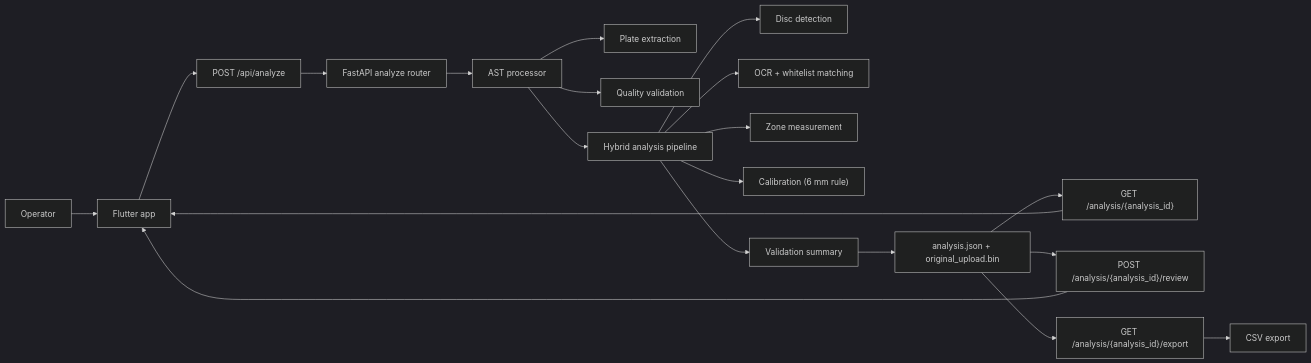
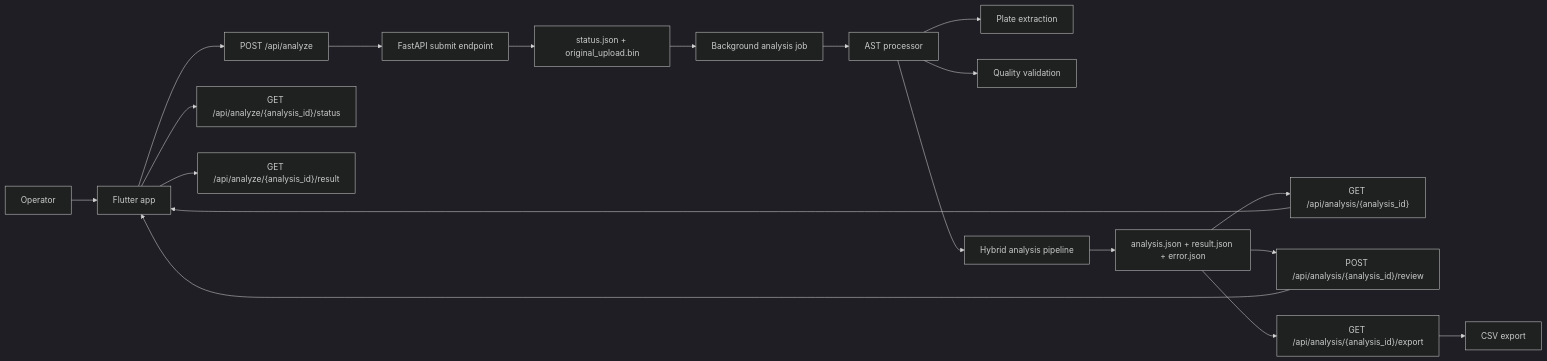
The diagram in docs/ARCHITECTURE.md (najah77/Zone-Measurement-App), drawn with Mermaid (dark theme) before and after one commit. The commit also changed other lines of this file and 86 other files, not shown here.

````diff
--- a/docs/ARCHITECTURE.md
+++ b/docs/ARCHITECTURE.md
@@ -6,22 +6,21 @@
 ```mermaid
 flowchart LR
     A["Operator"] --> B["Flutter app"]
     B --> C["POST /api/analyze"]
-    C --> D["FastAPI analyze router"]
-    D --> E["AST processor"]
-    E --> F["Plate extraction"]
-    E --> G["Quality validation"]
-    E --> H["Hybrid analysis pipeline"]
-    H --> I["Disc detection"]
-    H --> J["OCR + whitelist matching"]
-    H --> K["Zone measurement"]
-    H --> L["Calibration (6 mm rule)"]
-    H --> M["Validation summary"]
-    M --> N["analysis.json + original_upload.bin"]
-    N --> O["GET /analysis/{analysis_id}"]
-    N --> P["POST /analysis/{analysis_id}/review"]
-    N --> Q["GET /analysis/{analysis_id}/export"]
-    P --> B
+    C --> D["FastAPI submit endpoint"]
+    D --> E["status.json + original_upload.bin"]
+    E --> F["Background analysis job"]
+    F --> G["AST processor"]
+    G --> H["Plate extraction"]
+    G --> I["Quality validation"]
+    G --> J["Hybrid analysis pipeline"]
+    B --> K["GET /api/analyze/{analysis_id}/status"]
+    B --> L["GET /api/analyze/{analysis_id}/result"]
+    J --> M["analysis.json + result.json + error.json"]
+    M --> N["GET /api/analysis/{analysis_id}"]
+    M --> O["POST /api/analysis/{analysis_id}/review"]
+    M --> P["GET /api/analysis/{analysis_id}/export"]
     O --> B
-    Q --> R["CSV export"]
+    N --> B
+    P --> Q["CSV export"]
 ```
````
